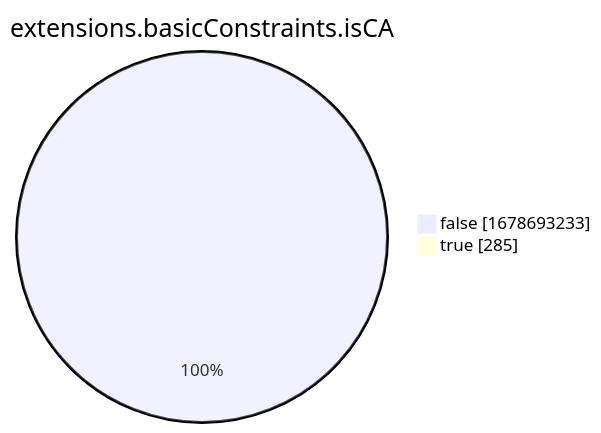
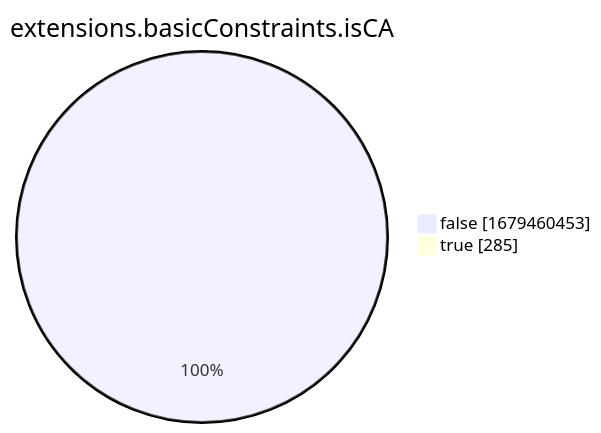
One commit to christiankrug/ctmonitor_visualization changed the eighth of 15 diagrams in xenon2022/README.md. Above: the diagram before and after it, drawn with Mermaid. The commit also changed other lines of this file, not shown here.

````diff
--- a/xenon2022/README.md
+++ b/xenon2022/README.md
@@ -2865,6 +2865,6 @@
 ```mermaid
 pie showData
 title extensions.basicConstraints.isCA
-"false" :1678693233
+"false" :1679460453
 "true" :285
 ```
````
